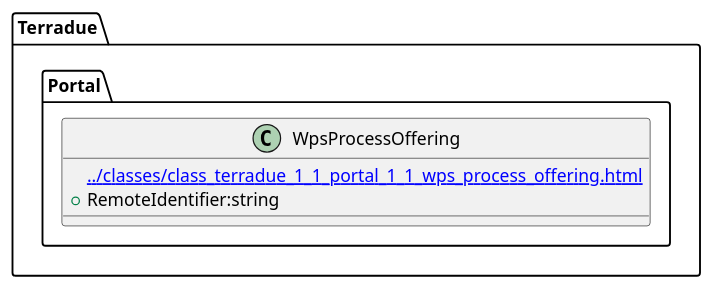
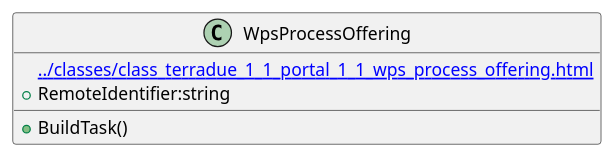
One commit to urban-tep/DDF-SDD changed the diagram in source/classes/class_terradue_1_1_portal_1_1_wps_process_offering.iuml. Above: the diagram before and after it, drawn with PlantUML. The commit also changed 50 other files, not shown here.

```diff
--- a/source/classes/class_terradue_1_1_portal_1_1_wps_process_offering.iuml
+++ b/source/classes/class_terradue_1_1_portal_1_1_wps_process_offering.iuml
@@ -1,7 +1,7 @@
 @startuml
-set namespaceSeparator ::
-class Terradue::Portal::WpsProcessOffering {
+class WpsProcessOffering {
 [[../classes/class_terradue_1_1_portal_1_1_wps_process_offering.html]]
  +RemoteIdentifier:string
+ +BuildTask()
 }
 @enduml
```
